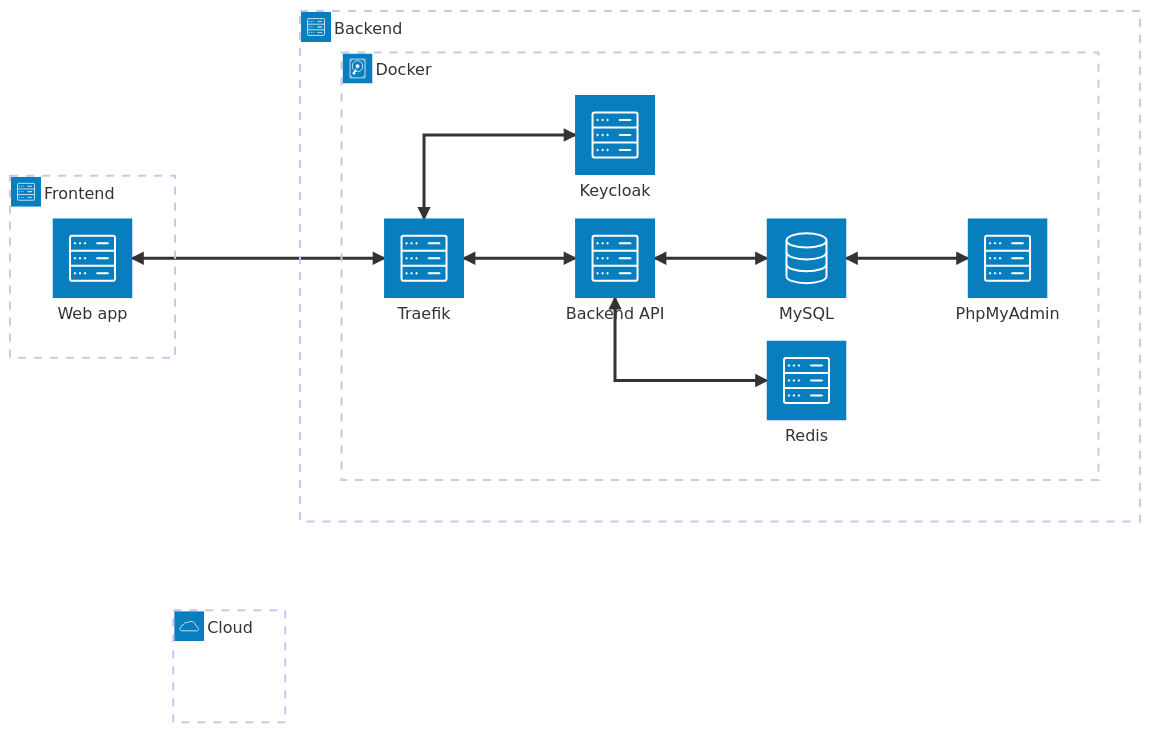
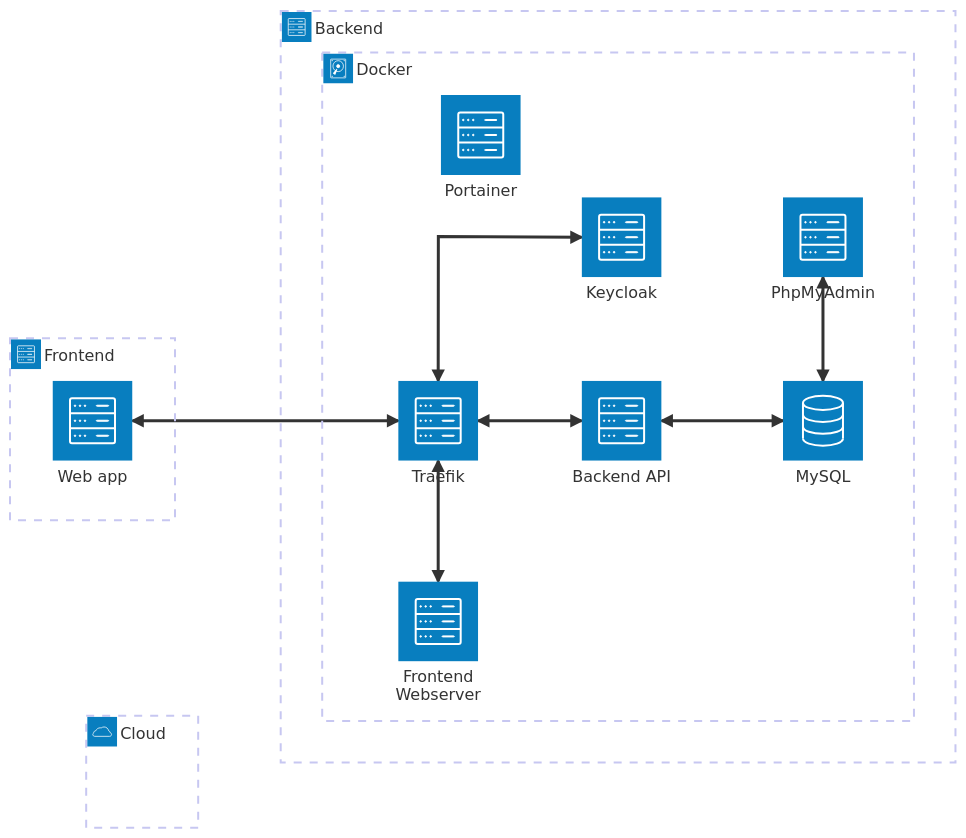
The diagram in README.md (SimonStnn/BEMED), drawn with Mermaid before and after one commit.

Commit message:
Update architecture

````diff
--- a/README.md
+++ b/README.md
@@ -5,23 +5,24 @@
 ```mermaid
 architecture-beta
     group cloud(cloud)[Cloud]
 
     group frontend(server)[Frontend]
     service web(server)[Web app] in frontend
 
     group backend(server)[Backend]
     group docker(disk)[Docker] in backend
     service db(database)[MySQL] in docker
     service keycloak(server)[Keycloak] in docker
     service api(server)[Backend API] in docker
+    service webserver(server)[Frontend Webserver] in docker
     service traefik(server)[Traefik] in docker
-    service redis(server)[Redis] in docker
+    service portainer(server)[Portainer] in docker
     service phpmyadmin(server)[PhpMyAdmin] in docker
 
     web:R <--> L:traefik
     traefik:R <--> L:api
     traefik:T <--> L:keycloak
     api:R <--> L:db
-    api:B <--> L:redis
-    db:R <--> L:phpmyadmin
+    db:T <--> B:phpmyadmin
+    traefik:B <--> T:webserver
 ```
````
